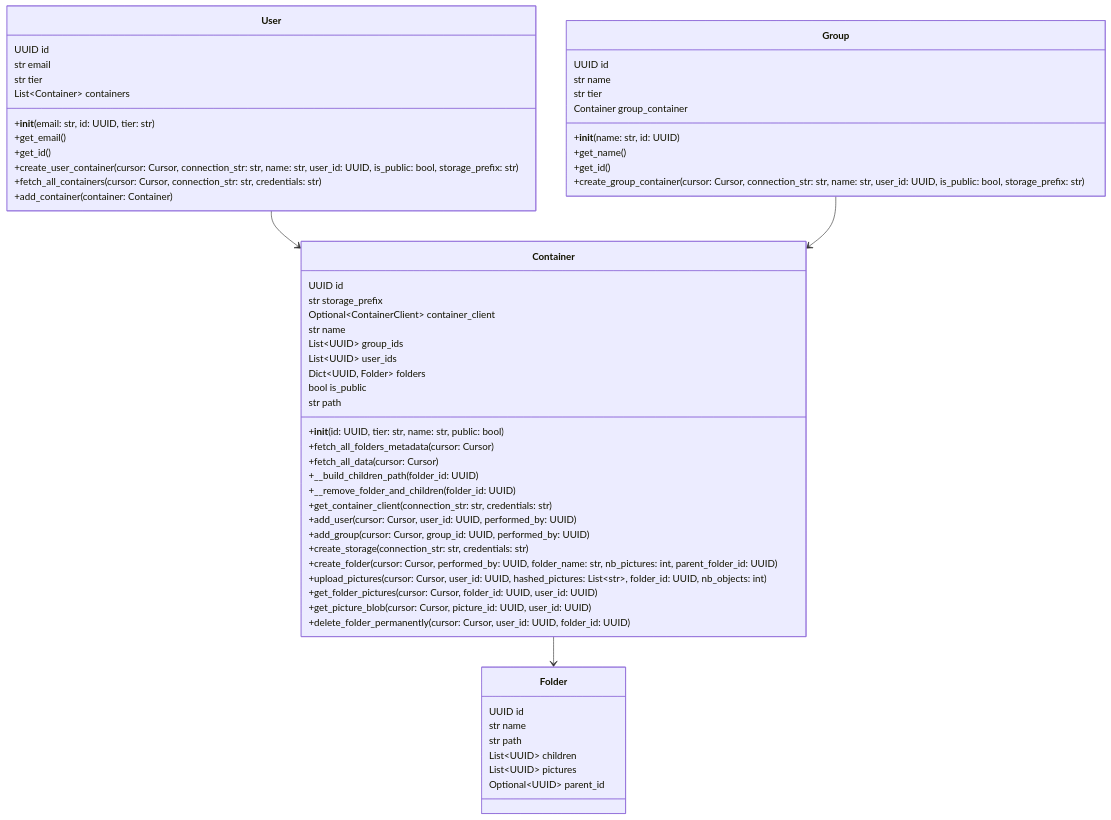
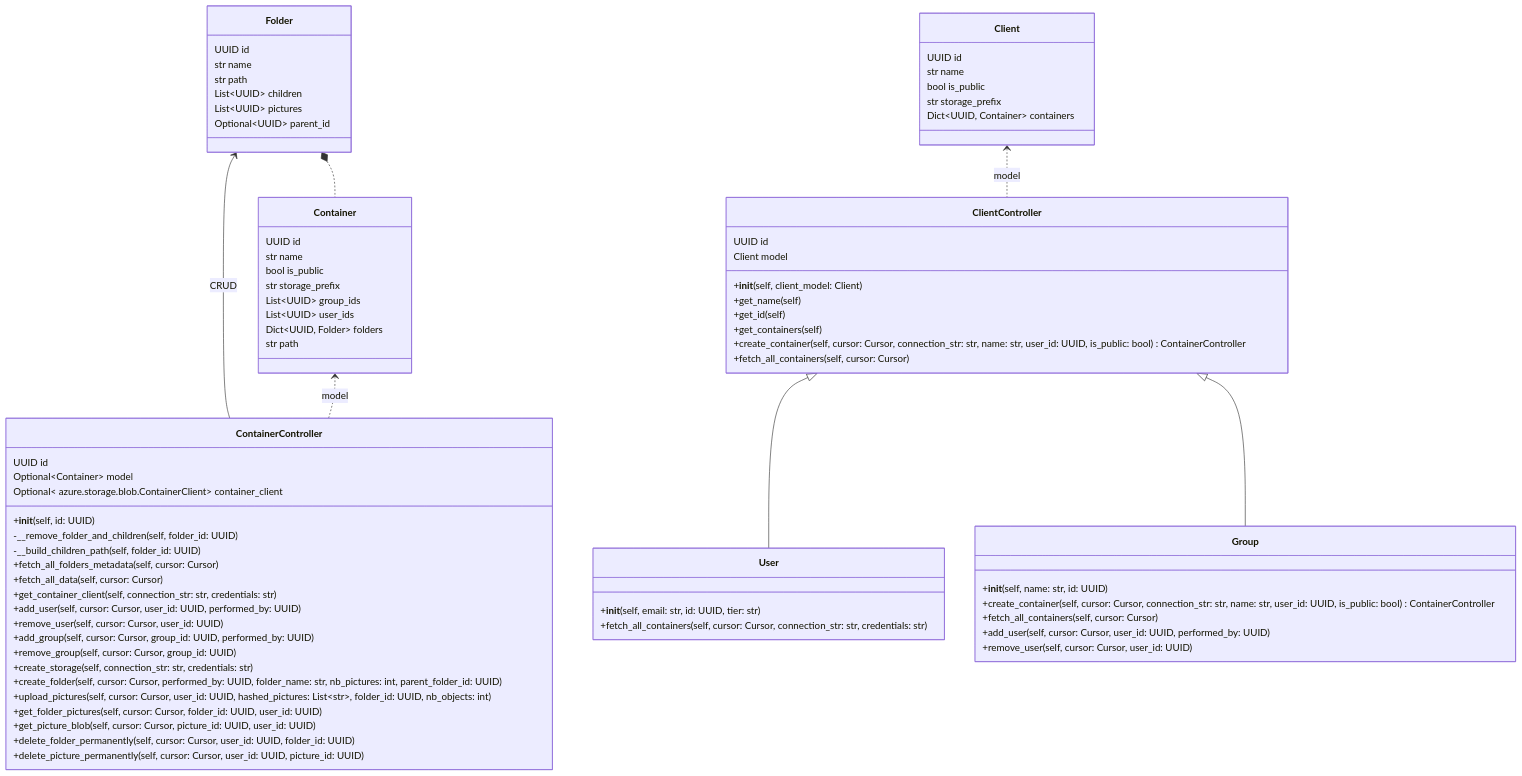
One commit to ai-cfia/ailab-datastore changed the first of 4 diagrams in datastore/doc/module-doc.md. Above: the diagram before and after it, drawn with Mermaid. The commit also changed 2 other files, not shown here.

Commit message:
Issue #34: Updated doc

````diff
--- a/datastore/doc/module-doc.md
+++ b/datastore/doc/module-doc.md
@@ -4,5 +4,7 @@
 ```mermaid
 classDiagram
+
+
     class Folder {
         UUID id
         str name
@@ -11,56 +13,77 @@
         List~UUID~ pictures
         Optional~UUID~ parent_id
     }
+
     class Container {
         UUID id
+        str name
+        bool is_public
         str storage_prefix
-        Optional~ContainerClient~ container_client
-        str name
         List~UUID~ group_ids
         List~UUID~ user_ids
         Dict~UUID, Folder~ folders
-        bool is_public
         str path
-        +__init__(id: UUID, tier: str, name: str, public: bool)
-        +fetch_all_folders_metadata(cursor: Cursor)
-        +fetch_all_data(cursor: Cursor)
-        +__build_children_path(folder_id: UUID)
-        +__remove_folder_and_children(folder_id: UUID)
-        +get_container_client(connection_str: str, credentials: str)
-        +add_user(cursor: Cursor, user_id: UUID, performed_by: UUID)
-        +add_group(cursor: Cursor, group_id: UUID, performed_by: UUID)
-        +create_storage(connection_str: str, credentials: str)
-        +create_folder(cursor: Cursor, performed_by: UUID, folder_name: str, nb_pictures: int, parent_folder_id: UUID)
-        +upload_pictures(cursor: Cursor, user_id: UUID, hashed_pictures: List~str~, folder_id: UUID, nb_objects: int)
-        +get_folder_pictures(cursor: Cursor, folder_id: UUID, user_id: UUID)
-        +get_picture_blob(cursor: Cursor, picture_id: UUID, user_id: UUID)
-        +delete_folder_permanently(cursor: Cursor, user_id: UUID, folder_id: UUID)
     }
-    class User {
+
+    class ContainerController {
         UUID id
-        str email
-        str tier
-        List~Container~ containers
-        +__init__(email: str, id: UUID, tier: str)
-        +get_email()
-        +get_id()
-        +create_user_container(cursor: Cursor, connection_str: str, name: str, user_id: UUID, is_public: bool, storage_prefix: str)
-        +fetch_all_containers(cursor: Cursor, connection_str: str, credentials: str)
-        +add_container(container: Container)
+        Optional~Container~ model
+        Optional~ azure.storage.blob.ContainerClient~ container_client
+        +__init__(self, id: UUID)
+        -__remove_folder_and_children(self, folder_id: UUID)
+        -__build_children_path(self, folder_id: UUID)
+        +fetch_all_folders_metadata(self, cursor: Cursor)
+        +fetch_all_data(self, cursor: Cursor)
+        +get_container_client(self, connection_str: str, credentials: str)
+        +add_user(self, cursor: Cursor, user_id: UUID, performed_by: UUID)
+        +remove_user(self, cursor: Cursor, user_id: UUID)
+        +add_group(self, cursor: Cursor, group_id: UUID, performed_by: UUID)
+        +remove_group(self, cursor: Cursor, group_id: UUID)
+        +create_storage(self, connection_str: str, credentials: str)
+        +create_folder(self, cursor: Cursor, performed_by: UUID, folder_name: str, nb_pictures: int, parent_folder_id: UUID)
+        +upload_pictures(self, cursor: Cursor, user_id: UUID, hashed_pictures: List~str~, folder_id: UUID, nb_objects: int)
+        +get_folder_pictures(self, cursor: Cursor, folder_id: UUID, user_id: UUID)
+        +get_picture_blob(self, cursor: Cursor, picture_id: UUID, user_id: UUID)
+        +delete_folder_permanently(self, cursor: Cursor, user_id: UUID, folder_id: UUID)
+        +delete_picture_permanently(self, cursor: Cursor, user_id: UUID, picture_id: UUID)
     }
-    class Group {
+
+    class Client {
         UUID id
         str name
-        str tier
-        Container group_container
-        +__init__(name: str, id: UUID)
-        +get_name()
-        +get_id()
-        +create_group_container(cursor: Cursor, connection_str: str, name: str, user_id: UUID, is_public: bool, storage_prefix: str)
+        bool is_public
+        str storage_prefix
+        Dict~UUID, Container~ containers
     }
 
-    Container --> Folder
-    User --> Container
-    Group --> Container
+    class ClientController {
+        UUID id
+        Client model
+        +__init__(self, client_model: Client)
+        +get_name(self)
+        +get_id(self)
+        +get_containers(self)
+        +create_container(self, cursor: Cursor, connection_str: str, name: str, user_id: UUID, is_public: bool) ContainerController
+        +fetch_all_containers(self, cursor: Cursor)
+    }
 
+    class User {
+        +__init__(self, email: str, id: UUID, tier: str)
+        +fetch_all_containers(self, cursor: Cursor, connection_str: str, credentials: str)
+    }
+
+    class Group {
+        +__init__(self, name: str, id: UUID)
+        +create_container(self, cursor: Cursor, connection_str: str, name: str, user_id: UUID, is_public: bool) ContainerController
+        +fetch_all_containers(self, cursor: Cursor)
+        +add_user(self, cursor: Cursor, user_id: UUID, performed_by: UUID)
+        +remove_user(self, cursor: Cursor, user_id: UUID)
+    }
+
+    Folder <-- ContainerController : CRUD
+    Folder *.. Container
+    Container <.. ContainerController: model
+    Client <.. ClientController: model
+    ClientController<|-- User
+    ClientController<|--Group
 ```    
````
